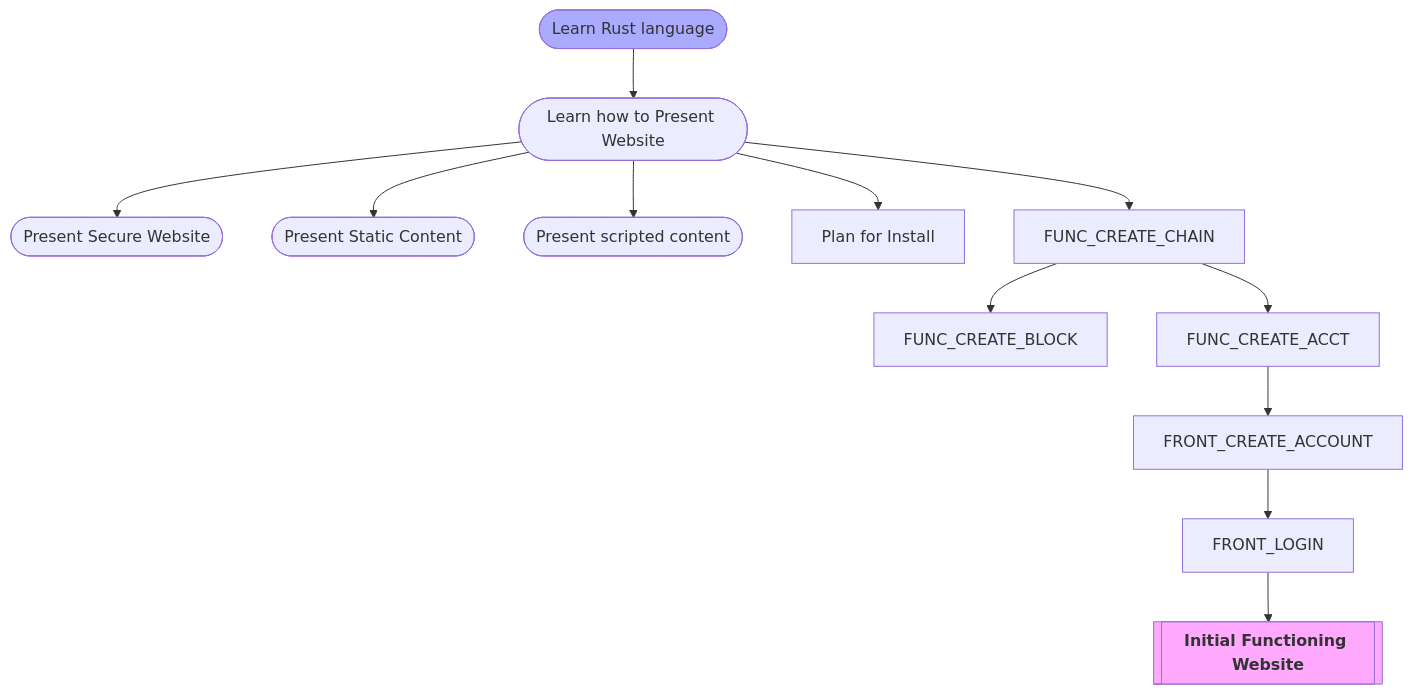
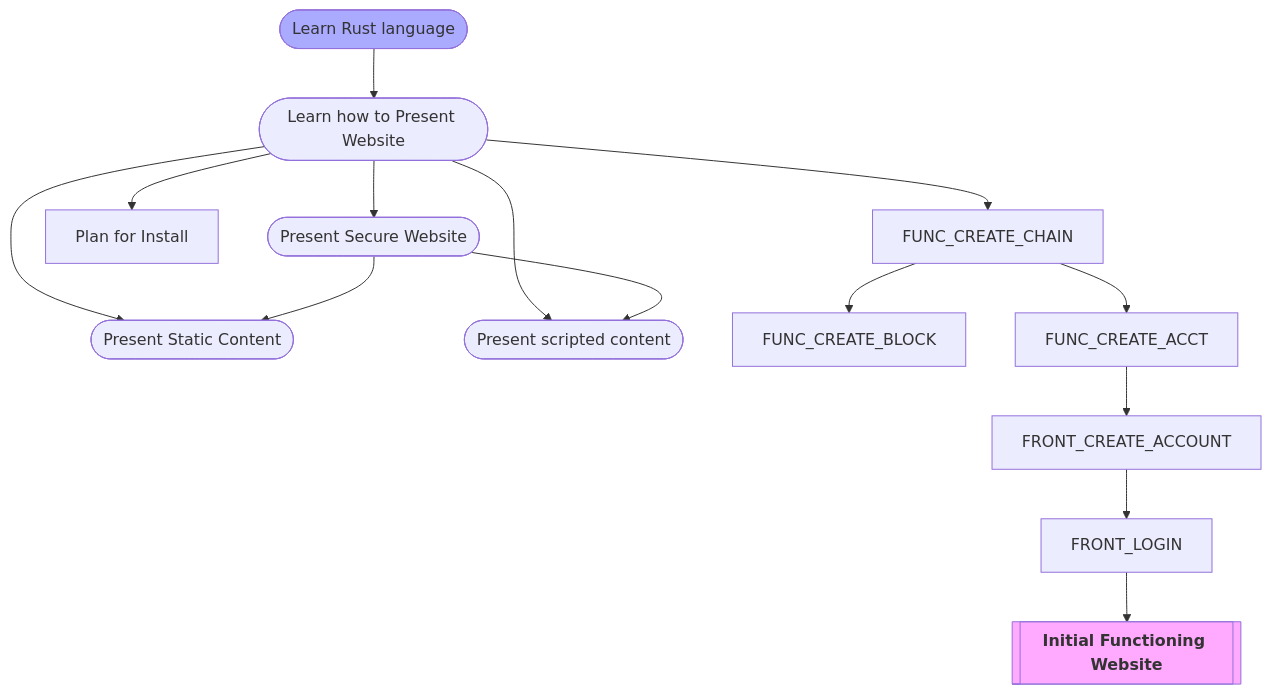
Before and after one commit to clintwebb/backend: the first of 2 diagrams in ProjectPlan.md, drawn with Mermaid.

````diff
--- a/ProjectPlan.md
+++ b/ProjectPlan.md
@@ -3,68 +3,70 @@
 ```mermaid
 flowchart TD;
     %% LEARN  - Initial learning of some functionality
     %% PLAN   - Design, or list the expected requirements.
     %% FUNC   - Functionality
     %% API    - Specific API functionality that will be required to perform the functionality.
     %% FRONT  - Functionality at the front-end (the browser) to perform some some functionality.
 
     %% To mark an item as completed (afa=green, faf=purple, aaf=blue)
     %% style EXAMPLE fill:#afa
 
     %% To provide a link
     %% A[<a href='https://google.com'>works</a>]
     %%--------------
 
     %% Completed (#afa)
     %% style EXAMPLE fill:#afa
 
     %% Active (#aaf)
     style LEARN_RUST fill:#aaf
 
     %%--------------
 
 
     %% Have not developed anything yet with Rust, so this is an opportunity to learn it.
     LEARN_RUST([Learn Rust language])
     
     %% After learning the general Rust language, need to learn how to use it to present a website
     LEARN_RUST_WEB([Learn how to Present Website])
     LEARN_RUST --> LEARN_RUST_WEB
     
     %% When presenting a website, need to be able to secure it.  Would be good to be able to do that directly in our app, rather than relying on a proxy in-front
     LEARN_RUST_WEB_CERTS([Present Secure Website])
     LEARN_RUST_WEB --> LEARN_RUST_WEB_CERTS
     
     %% Want to be able to present static content.   Originally from direct file content (often deployed).  Eventually would want to also be able to present static content from a Block.
     LEARN_RUST_WEB_STATIC([Present Static Content])
     LEARN_RUST_WEB --> LEARN_RUST_WEB_STATIC
+    LEARN_RUST_WEB_CERTS --> LEARN_RUST_WEB_STATIC 
     
     %% There may be cases where we want to run something dynamically on the endpoint.
     LEARN_RUST_WEB_DYNAMIC([Present scripted content])
     LEARN_RUST_WEB --> LEARN_RUST_WEB_DYNAMIC
+    LEARN_RUST_WEB_CERTS --> LEARN_RUST_WEB_DYNAMIC
     
     %% When people are using the backend, need to plan how we are expecting it to be first setup.
     PLAN_BACKEND_INSTALL[Plan for Install]
     LEARN_RUST_WEB --> PLAN_BACKEND_INSTALL
 
 
     %% The backend will be able to gather information for the front-end, but wont actually know the content of it.   Each chain can have read-only access potentially, but a seperate key will be needed to modify (add to) the chain.
     FUNC_CREATE_CHAIN
     LEARN_RUST_WEB --> FUNC_CREATE_CHAIN
 
     FUNC_CREATE_BLOCK
     FUNC_CREATE_CHAIN --> FUNC_CREATE_BLOCK
 
     %% When a user is creating an account for the service, need to then setup some chains and blocks.
     FUNC_CREATE_ACCT
     FUNC_CREATE_CHAIN --> FUNC_CREATE_ACCT
 
     FRONT_CREATE_ACCOUNT
     FUNC_CREATE_ACCT --> FRONT_CREATE_ACCOUNT
 
     FRONT_LOGIN  --> TARGET
     FRONT_CREATE_ACCOUNT --> FRONT_LOGIN
 
     TARGET[["`**Initial Functioning Website**`"]]
     style TARGET fill:#faf
 ```
````
